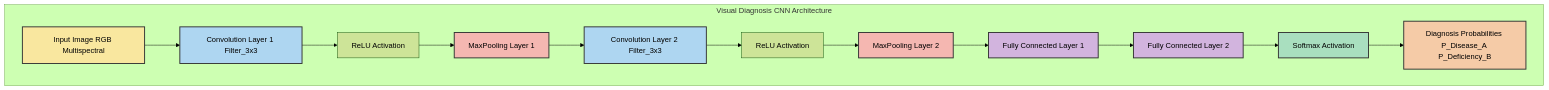
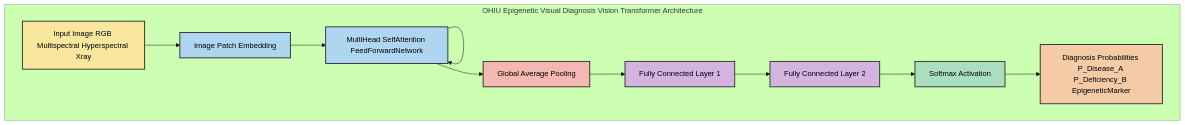
One commit to diplomat-bit/Citibank_Demo_Business_Inc_Demonstration- changed the fifth of 10 diagrams in inventions/110_ai_automated_home_gardening.md. Above: the diagram before and after it, drawn with Mermaid (forest theme). The commit also changed other lines of this file, not shown here.

````diff
--- a/inventions/110_ai_automated_home_gardening.md
+++ b/inventions/110_ai_automated_home_gardening.md
@@ -371,24 +482,21 @@
 ```mermaid
 graph TD
-    subgraph Visual Diagnosis CNN Architecture
-        Input[Input Image RGB Multispectral] --> Conv1[Convolution Layer 1 Filter_3x3]
-        Conv1 --> ReLU1[ReLU Activation]
-        ReLU1 --> Pool1[MaxPooling Layer 1]
-        Pool1 --> Conv2[Convolution Layer 2 Filter_3x3]
-        Conv2 --> ReLU2[ReLU Activation]
-        ReLU2 --> Pool2[MaxPooling Layer 2]
-        Pool2 --> FC1[Fully Connected Layer 1]
+    subgraph OHIU Epigenetic Visual Diagnosis Vision Transformer Architecture
+        Input[Input Image RGB Multispectral Hyperspectral Xray] --> PatchEmbed[Image Patch Embedding]
+        PatchEmbed --> TransformerEncoder[MultiHead SelfAttention FeedForwardNetwork]
+        TransformerEncoder --> TransformerEncoder
+        TransformerEncoder --> GlobalPool[Global Average Pooling]
+        GlobalPool --> FC1[Fully Connected Layer 1]
         FC1 --> FC2[Fully Connected Layer 2]
         FC2 --> Softmax[Softmax Activation]
-        Softmax --> Output[Diagnosis Probabilities P_Disease_A P_Deficiency_B]
+        Softmax --> Output[Diagnosis Probabilities P_Disease_A P_Deficiency_B EpigeneticMarker]
     end
     style Input fill:#f9e79f,stroke:#333,stroke-width:2px
-    style Conv1 fill:#aed6f1,stroke:#333,stroke-width:2px
-    style Conv2 fill:#aed6f1,stroke:#333,stroke-width:2px
-    style Pool1 fill:#f5b7b1,stroke:#333,stroke-width:2px
-    style Pool2 fill:#f5b7b1,stroke:#333,stroke-width:2px
+    style PatchEmbed fill:#aed6f1,stroke:#333,stroke-width:2px
+    style TransformerEncoder fill:#aed6f1,stroke:#333,stroke-width:2px
+    style GlobalPool fill:#f5b7b1,stroke:#333,stroke-width:2px
     style FC1 fill:#d2b4de,stroke:#333,stroke-width:2px
     style FC2 fill:#d2b4de,stroke:#333,stroke-width:2px
     style Softmax fill:#a9dfbf,stroke:#333,stroke-width:2px
     style Output fill:#f5cba7,stroke:#333,stroke-width:2px
 ```
````
